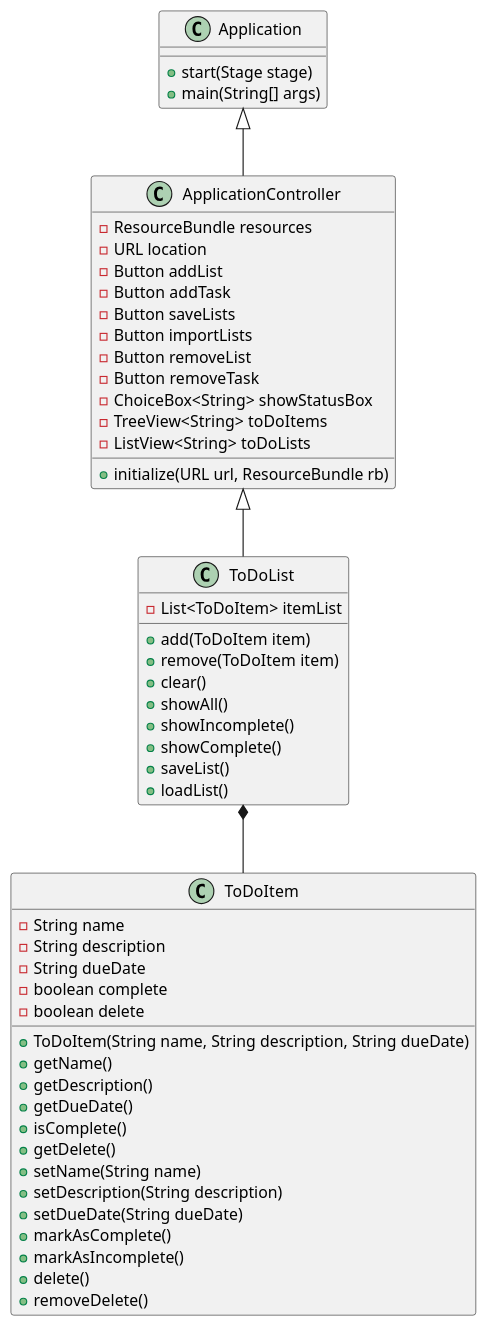
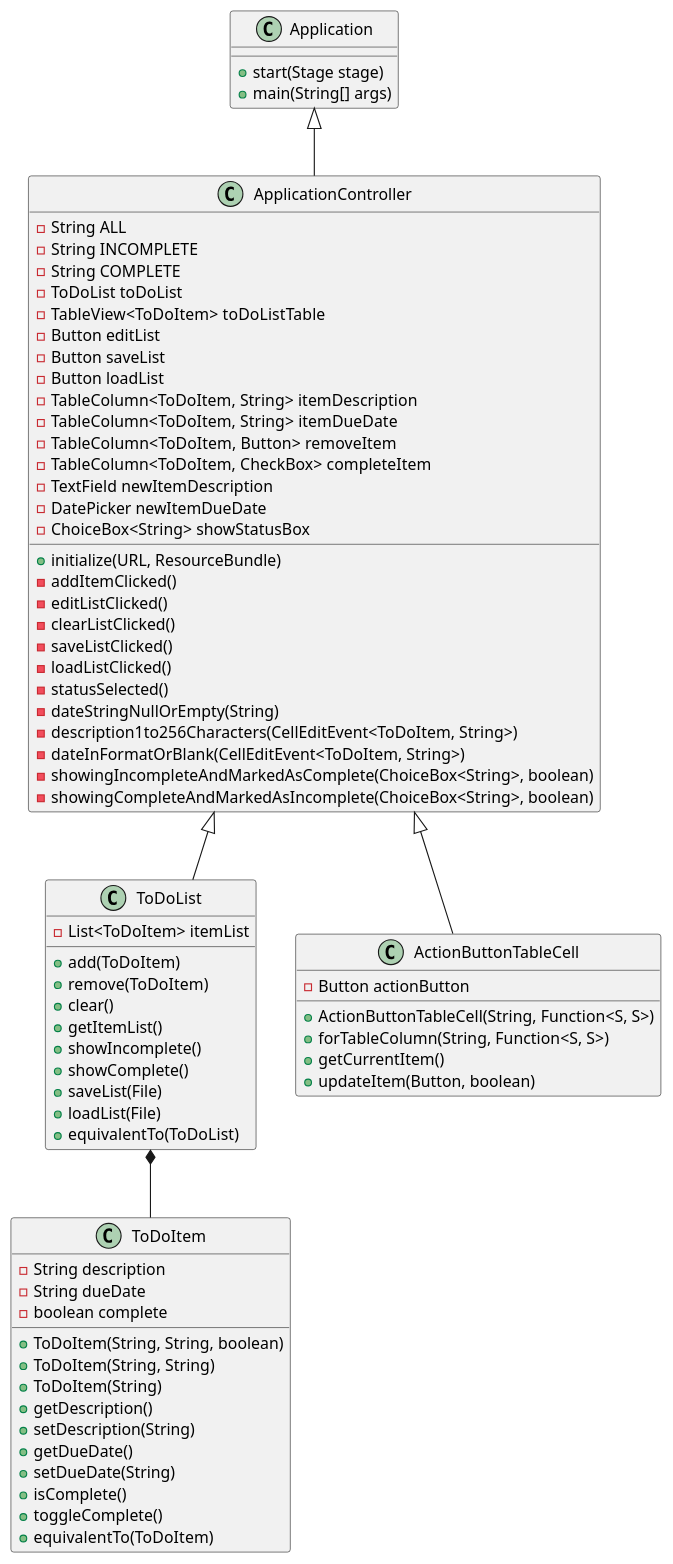
The diagram in docs/ClassDiagram.puml (BlakeLoch/lochmandy-app1-impl), drawn with PlantUML before and after one commit. The commit also changed 9 other files, not shown here.

Commit message:
Finalize code and update UML diagram

```diff
--- a/docs/ClassDiagram.puml
+++ b/docs/ClassDiagram.puml
@@ -1,67 +1,88 @@
 @startuml
 
 class Application {
 +start(Stage stage)
 +main(String[] args)
 }
 
 class ApplicationController {
--ResourceBundle resources
--URL location
--Button addList
--Button addTask
--Button saveLists
--Button importLists
--Button removeList
--Button removeTask
+-String ALL
+-String INCOMPLETE
+-String COMPLETE
+-ToDoList toDoList
+-TableView<ToDoItem> toDoListTable
+-Button editList
+-Button saveList
+-Button loadList
+-TableColumn<ToDoItem, String> itemDescription
+-TableColumn<ToDoItem, String> itemDueDate
+-TableColumn<ToDoItem, Button> removeItem
+-TableColumn<ToDoItem, CheckBox> completeItem
+-TextField newItemDescription
+-DatePicker newItemDueDate
 -ChoiceBox<String> showStatusBox
--TreeView<String> toDoItems
--ListView<String> toDoLists
 
-+initialize(URL url, ResourceBundle rb)
++initialize(URL, ResourceBundle)
+-addItemClicked()
+-editListClicked()
+-clearListClicked()
+-saveListClicked()
+-loadListClicked()
+-statusSelected()
+-dateStringNullOrEmpty(String)
+-description1to256Characters(CellEditEvent<ToDoItem, String>)
+-dateInFormatOrBlank(CellEditEvent<ToDoItem, String>)
+-showingIncompleteAndMarkedAsComplete(ChoiceBox<String>, boolean)
+-showingCompleteAndMarkedAsIncomplete(ChoiceBox<String>, boolean)
 }
 
 class ToDoList {
 -List<ToDoItem> itemList
 
-+add(ToDoItem item)
-+remove(ToDoItem item)
++add(ToDoItem)
++remove(ToDoItem)
 +clear()
-+showAll()
++getItemList()
 +showIncomplete()
 +showComplete()
-+saveList()
-+loadList()
++saveList(File)
++loadList(File)
++equivalentTo(ToDoList)
 }
 
 class ToDoItem {
--String name
 -String description
 -String dueDate
 -boolean complete
--boolean delete
 
-+ToDoItem(String name, String description, String dueDate)
-+getName()
++ToDoItem(String, String, boolean)
++ToDoItem(String, String)
++ToDoItem(String)
 +getDescription()
++setDescription(String)
 +getDueDate()
++setDueDate(String)
 +isComplete()
-+getDelete()
-+setName(String name)
-+setDescription(String description)
-+setDueDate(String dueDate)
-+markAsComplete()
-+markAsIncomplete()
-+delete()
-+removeDelete()
++toggleComplete()
++equivalentTo(ToDoItem)
+}
+
+class ActionButtonTableCell {
+-Button actionButton
+
++ActionButtonTableCell(String, Function<S, S>)
++forTableColumn(String, Function<S, S>)
++getCurrentItem()
++updateItem(Button, boolean)
 }
 
 Application <|-- ApplicationController
 ApplicationController <|-- ToDoList
+ApplicationController <|-- ActionButtonTableCell
 
 ToDoList *-- ToDoItem
 
 
 
 
 @enduml
```
